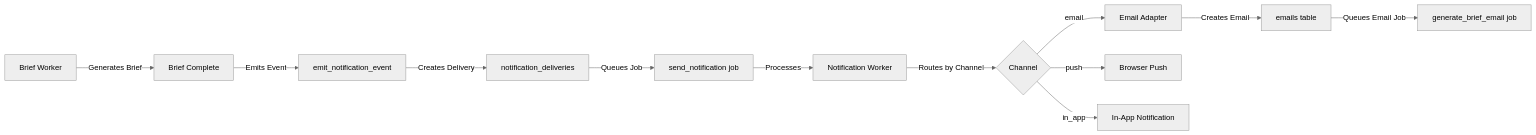
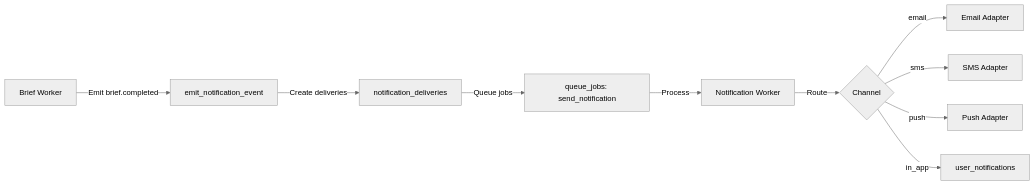
The diagram in apps/web/docs/features/notifications/implementation/NOTIFICATION_PHASE3_IMPLEMENTATION.md (Wolverine971/buildos-platform), drawn with Mermaid (neutral theme) before and after one commit. The commit also changed other lines of this file and 29 other files, not shown here.

````diff
--- a/apps/web/docs/features/notifications/implementation/NOTIFICATION_PHASE3_IMPLEMENTATION.md
+++ b/apps/web/docs/features/notifications/implementation/NOTIFICATION_PHASE3_IMPLEMENTATION.md
@@ -32,14 +81,12 @@
 ```mermaid
 graph LR
-    A[Brief Worker] -->|Generates Brief| B[Brief Complete]
-    B -->|Emits Event| C[emit_notification_event]
-    C -->|Creates Delivery| D[notification_deliveries]
-    D -->|Queues Job| E[send_notification job]
-    E -->|Processes| F[Notification Worker]
-    F -->|Routes by Channel| G{Channel}
-    G -->|email| H[Email Adapter]
-    G -->|push| I[Browser Push]
-    G -->|in_app| J[In-App Notification]
-    H -->|Creates Email| K[emails table]
-    K -->|Queues Email Job| L[generate_brief_email job]
+    A[Brief Worker] -->|Emit brief.completed| B[emit_notification_event]
+    B -->|Create deliveries| C[notification_deliveries]
+    C -->|Queue jobs| D[queue_jobs: send_notification]
+    D -->|Process| E[Notification Worker]
+    E -->|Route| F{Channel}
+    F -->|email| G[Email Adapter]
+    F -->|sms| H[SMS Adapter]
+    F -->|push| I[Push Adapter]
+    F -->|in_app| J[user_notifications]
 ```
````
